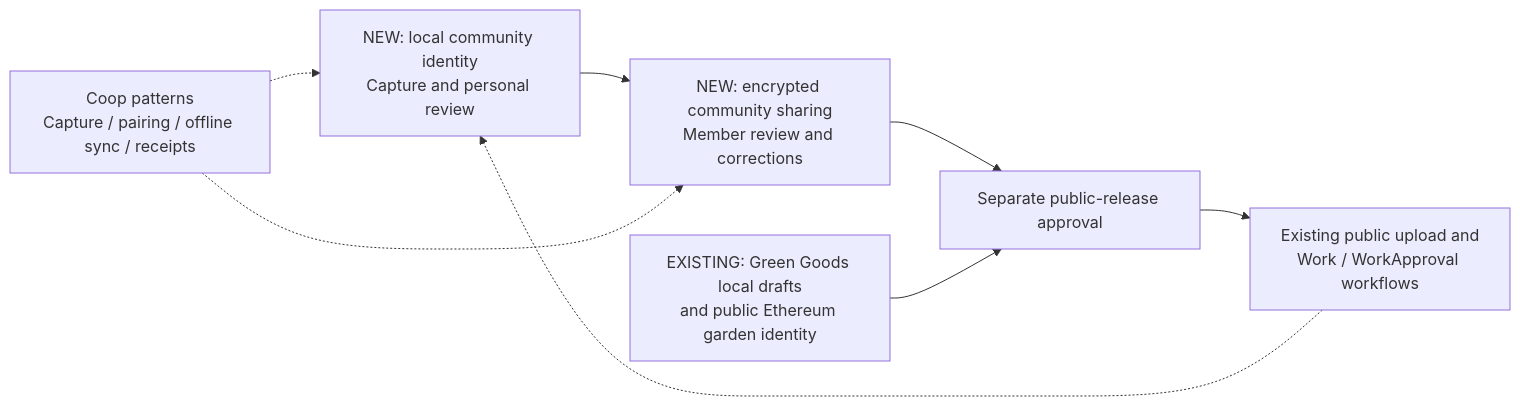
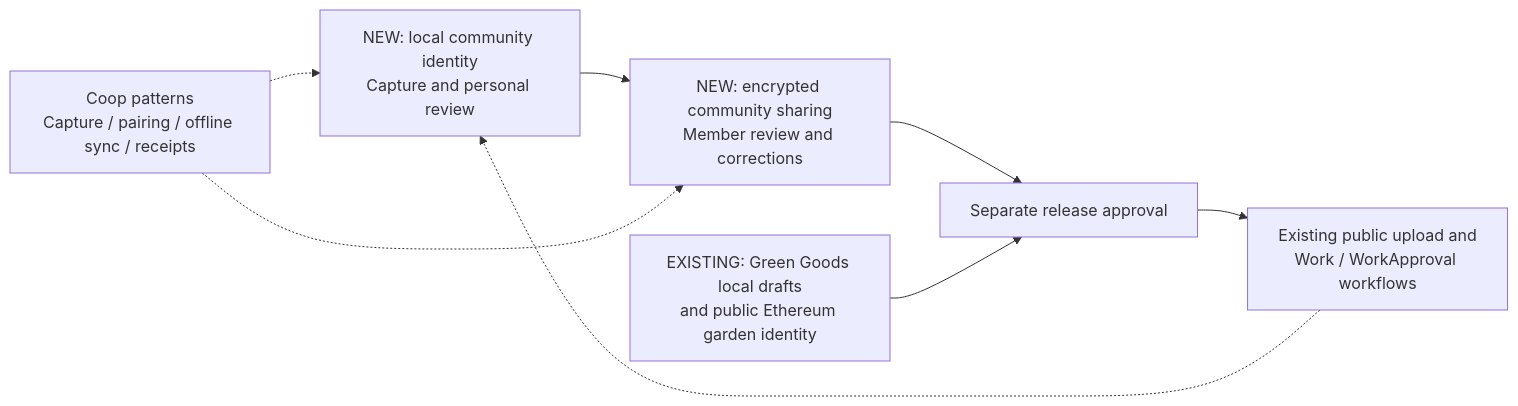
Before and after one commit to greenpill-dev-guild/green-goods: the ninth of 13 diagrams in .plans/ideas/grove/architecture-flows.md, drawn with Mermaid. The commit also changed other lines of this file and 23 other files, not shown here.

````diff
--- a/.plans/ideas/grove/architecture-flows.md
+++ b/.plans/ideas/grove/architecture-flows.md
@@ -88,10 +197,10 @@
 ```mermaid
 flowchart LR
   Local["NEW: local community identity<br/>Capture and personal review"] --> Shared["NEW: encrypted community sharing<br/>Member review and corrections"]
-  Shared --> Consent["Separate public-release approval"]
+  Shared --> Consent["Separate release approval"]
   Existing["EXISTING: Green Goods local drafts<br/>and public Ethereum garden identity"] --> Consent
   Consent --> Protocol["Existing public upload and<br/>Work / WorkApproval workflows"]
   Protocol -.-> Local
   Coop["Coop patterns<br/>Capture / pairing / offline sync / receipts"] -.-> Local
   Coop -.-> Shared
 ```
````
